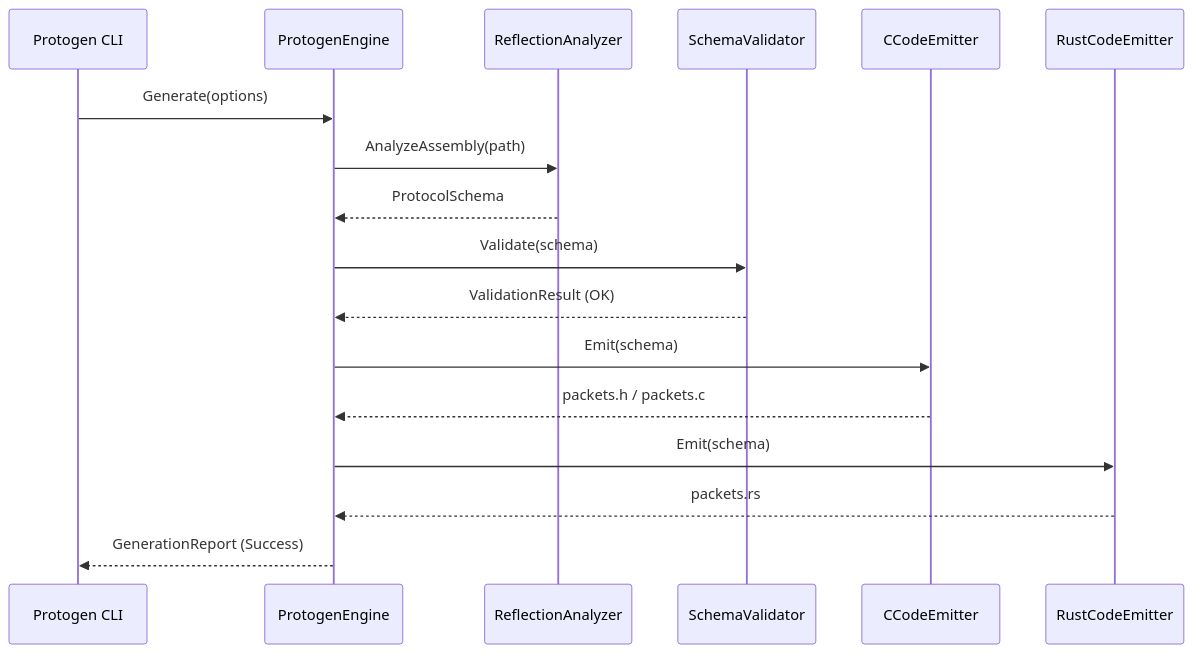
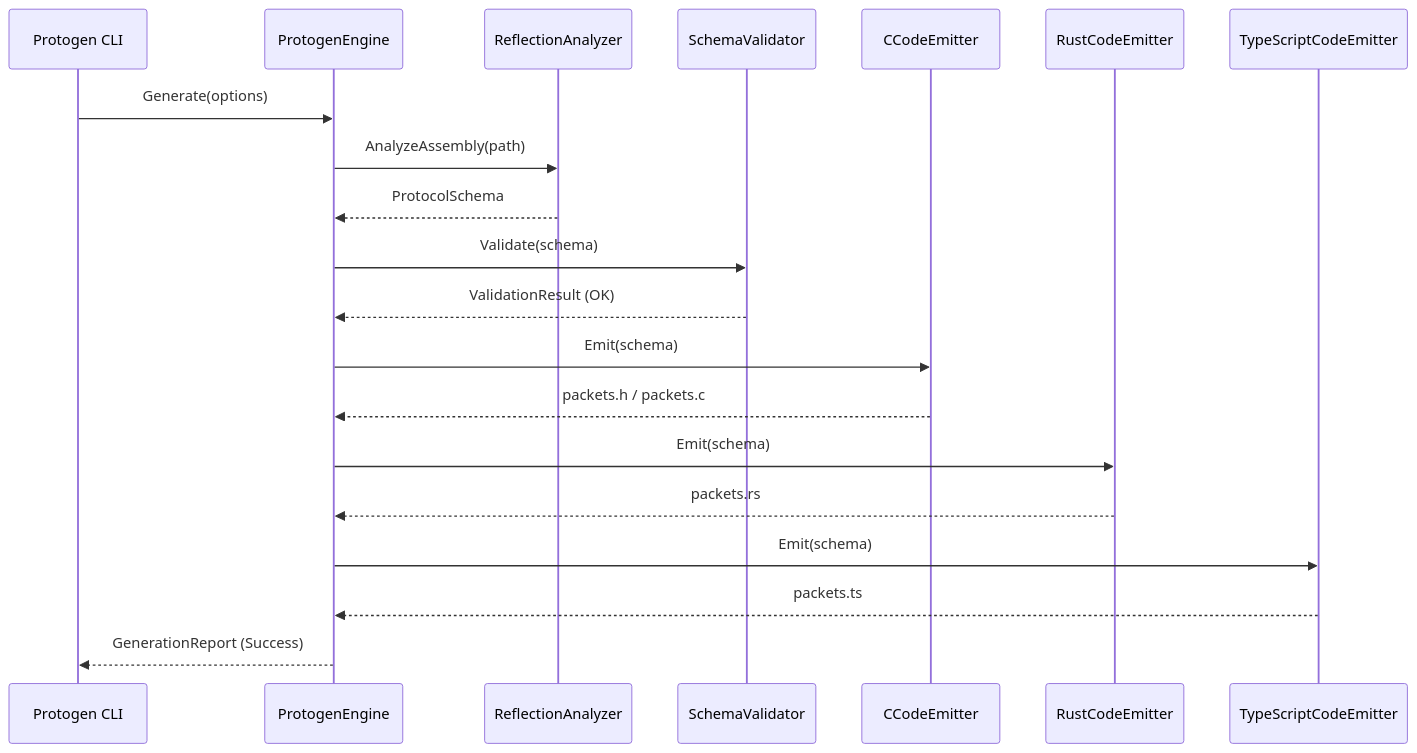
One commit to ppn-systems/nalix-native changed the third of 3 diagrams in docs/ARCHITECTURE.md. Above: the diagram before and after it, drawn with Mermaid. The commit also changed other lines of this file and 13 other files, not shown here.

Commit message:
feat(protogen): add TypeScript code generator and examples/ts package

````diff
--- a/docs/ARCHITECTURE.md
+++ b/docs/ARCHITECTURE.md
@@ -133,20 +134,23 @@
 ```mermaid
 sequenceDiagram
     participant User as Protogen CLI
     participant Engine as ProtogenEngine
     participant Analyzer as ReflectionAnalyzer
     participant Validator as SchemaValidator
     participant EmitterC as CCodeEmitter
     participant EmitterRust as RustCodeEmitter
+    participant EmitterTS as TypeScriptCodeEmitter
 
     User->>Engine: Generate(options)
     Engine->>Analyzer: AnalyzeAssembly(path)
     Analyzer-->>Engine: ProtocolSchema
     Engine->>Validator: Validate(schema)
     Validator-->>Engine: ValidationResult (OK)
     Engine->>EmitterC: Emit(schema)
     EmitterC-->>Engine: packets.h / packets.c
     Engine->>EmitterRust: Emit(schema)
     EmitterRust-->>Engine: packets.rs
+    Engine->>EmitterTS: Emit(schema)
+    EmitterTS-->>Engine: packets.ts
     Engine-->>User: GenerationReport (Success)
 ```
````
